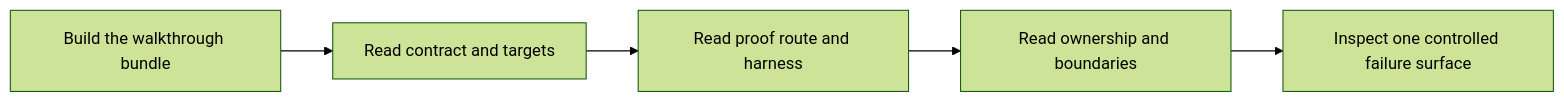
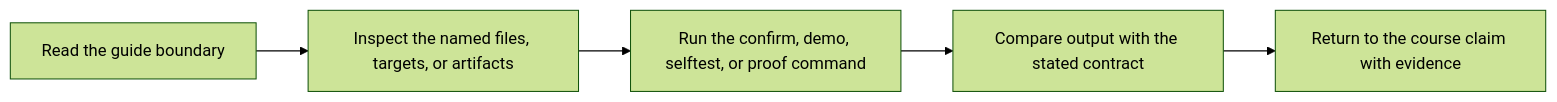
The second of 2 diagrams in programs/reproducible-research/deep-dive-make/capstone/docs/walkthrough-guide.md (bijux/bijux-masterclass), drawn with Mermaid (forest theme) before and after one commit. The commit also changed other lines of this file and 146 other files, not shown here.

Commit message:
docs(deep-dive-make): map build truth and release review surfaces

````diff
--- a/programs/reproducible-research/deep-dive-make/capstone/docs/walkthrough-guide.md
+++ b/programs/reproducible-research/deep-dive-make/capstone/docs/walkthrough-guide.md
@@ -19,7 +19,7 @@
 ```mermaid
 flowchart LR
-  route["Build the walkthrough bundle"] --> contract["Read contract and targets"]
-  contract --> proof["Read proof route and harness"]
-  proof --> ownership["Read ownership and boundaries"]
-  ownership --> incident["Inspect one controlled failure surface"]
+  orient["Read the guide boundary"] --> inspect["Inspect the named files, targets, or artifacts"]
+  inspect --> run["Run the confirm, demo, selftest, or proof command"]
+  run --> compare["Compare output with the stated contract"]
+  compare --> review["Return to the course claim with evidence"]
 ```
````
